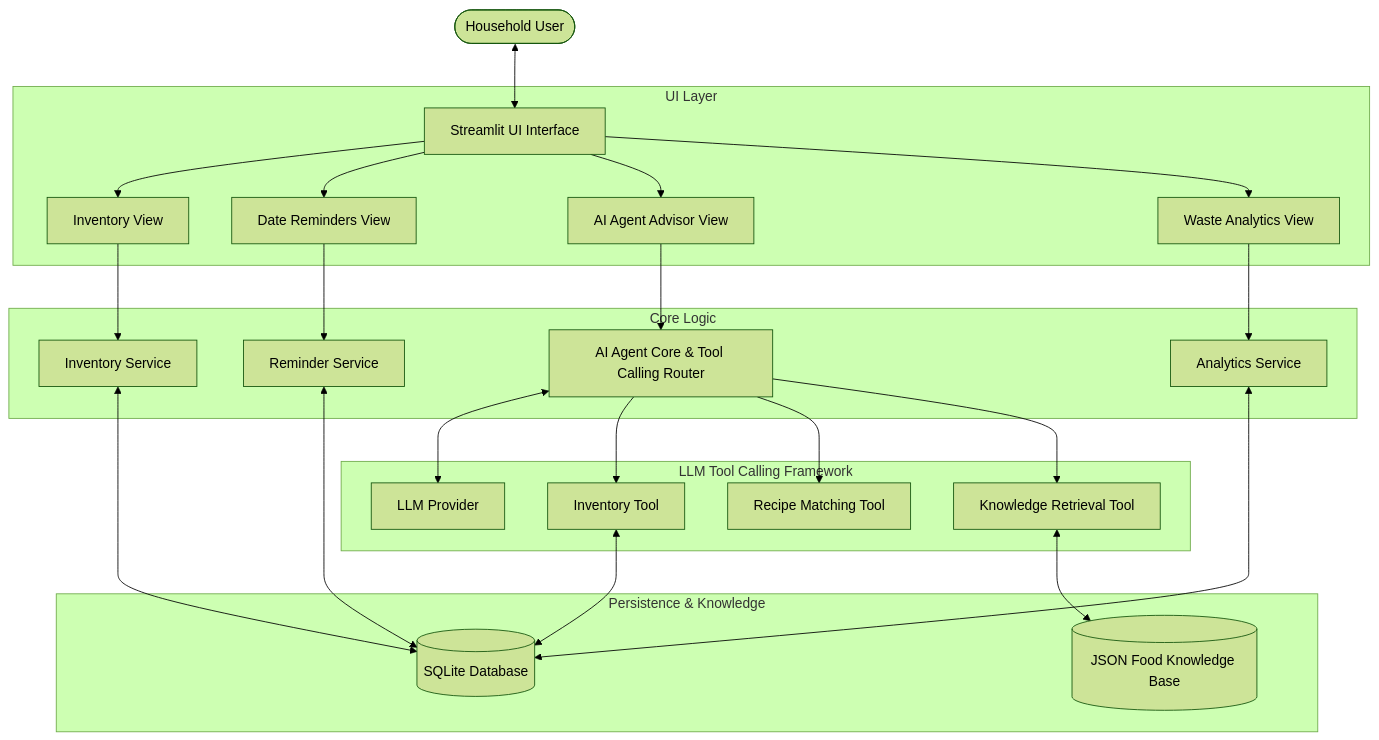
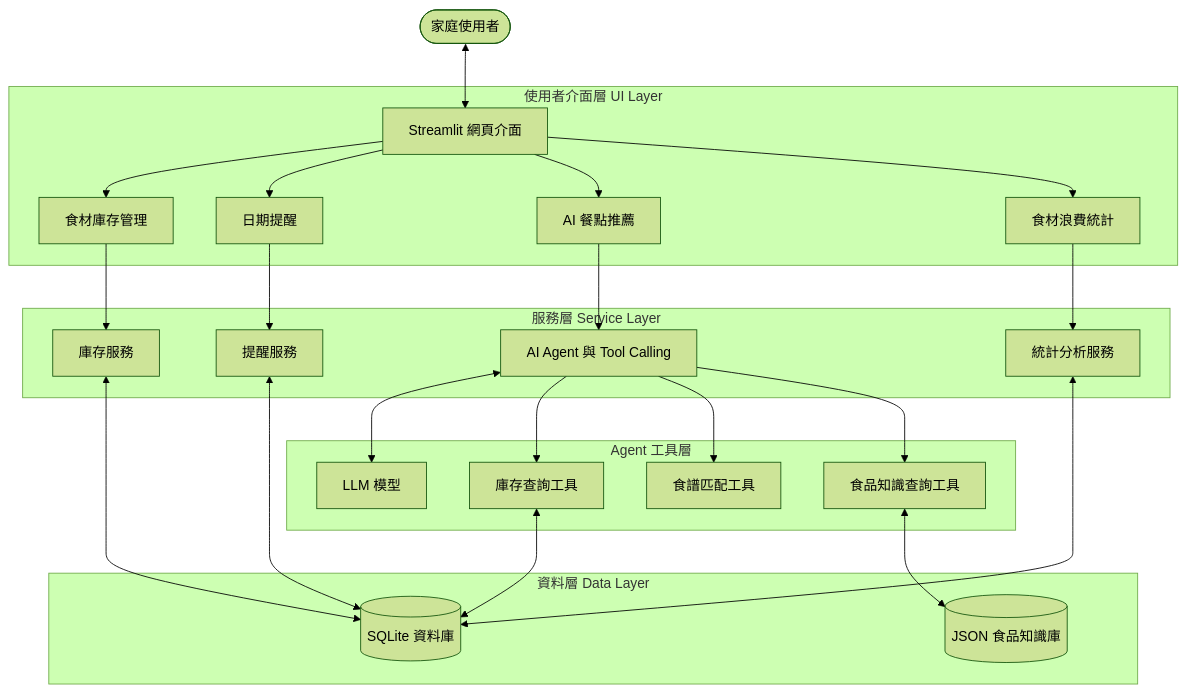
One commit to Chen-Fanny/Food-Guardian changed the diagram in README.md. Above: the diagram before and after it, drawn with Mermaid (forest theme). The commit also changed other lines of this file, not shown here.

````diff
--- a/README.md
+++ b/README.md
@@ -65,33 +63,33 @@
 ```mermaid
 flowchart TD
-    User([Household User]) <--> UI[Streamlit UI Interface]
+    User([家庭使用者]) <--> UI[Streamlit 網頁介面]
 
-    subgraph Presentation Layer [UI Layer]
-        UI --> ViewInv[Inventory View]
-        UI --> ViewRemind[Date Reminders View]
-        UI --> ViewAgent[AI Agent Advisor View]
-        UI --> ViewAnalytics[Waste Analytics View]
+    subgraph Presentation[使用者介面層 UI Layer]
+        UI --> ViewInv[食材庫存管理]
+        UI --> ViewRemind[日期提醒]
+        UI --> ViewAgent[AI 餐點推薦]
+        UI --> ViewAnalytics[食材浪費統計]
     end
 
-    subgraph Service Layer [Core Logic]
-        ViewInv --> SvcInv[Inventory Service]
-        ViewRemind --> SvcRemind[Reminder Service]
-        ViewAgent --> AgentCore[AI Agent Core & Tool Calling Router]
-        ViewAnalytics --> SvcAnalytics[Analytics Service]
+    subgraph Services[服務層 Service Layer]
+        ViewInv --> SvcInv[庫存服務]
+        ViewRemind --> SvcRemind[提醒服務]
+        ViewAgent --> AgentCore[AI Agent 與 Tool Calling]
+        ViewAnalytics --> SvcAnalytics[統計分析服務]
     end
 
-    subgraph Agent Tools [LLM Tool Calling Framework]
-        AgentCore <--> LLMModel[LLM Provider]
-        AgentCore --> ToolInv[Inventory Tool]
-        AgentCore --> ToolRecipe[Recipe Matching Tool]
-        AgentCore --> ToolKB[Knowledge Retrieval Tool]
+    subgraph Tools[Agent 工具層]
+        AgentCore <--> LLM[LLM 模型]
+        AgentCore --> ToolInv[庫存查詢工具]
+        AgentCore --> ToolRecipe[食譜匹配工具]
+        AgentCore --> ToolKB[食品知識查詢工具]
     end
 
-    subgraph Data Layer [Persistence & Knowledge]
-        SvcInv <--> SQLiteDB[(SQLite Database)]
-        ToolInv <--> SQLiteDB
-        SvcRemind <--> SQLiteDB
-        SvcAnalytics <--> SQLiteDB
-        ToolKB <--> FoodKB[(JSON Food Knowledge Base)]
+    subgraph Data[資料層 Data Layer]
+        SvcInv <--> DB[(SQLite 資料庫)]
+        ToolInv <--> DB
+        SvcRemind <--> DB
+        SvcAnalytics <--> DB
+        ToolKB <--> KB[(JSON 食品知識庫)]
     end
 ```
````
